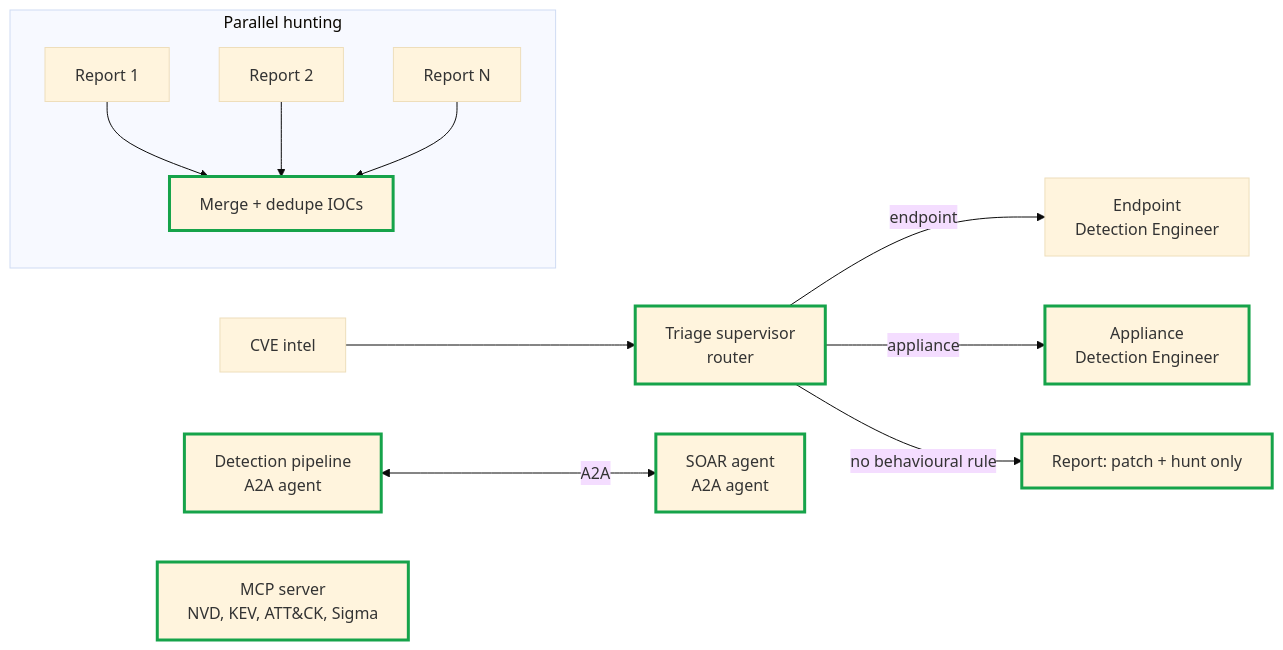
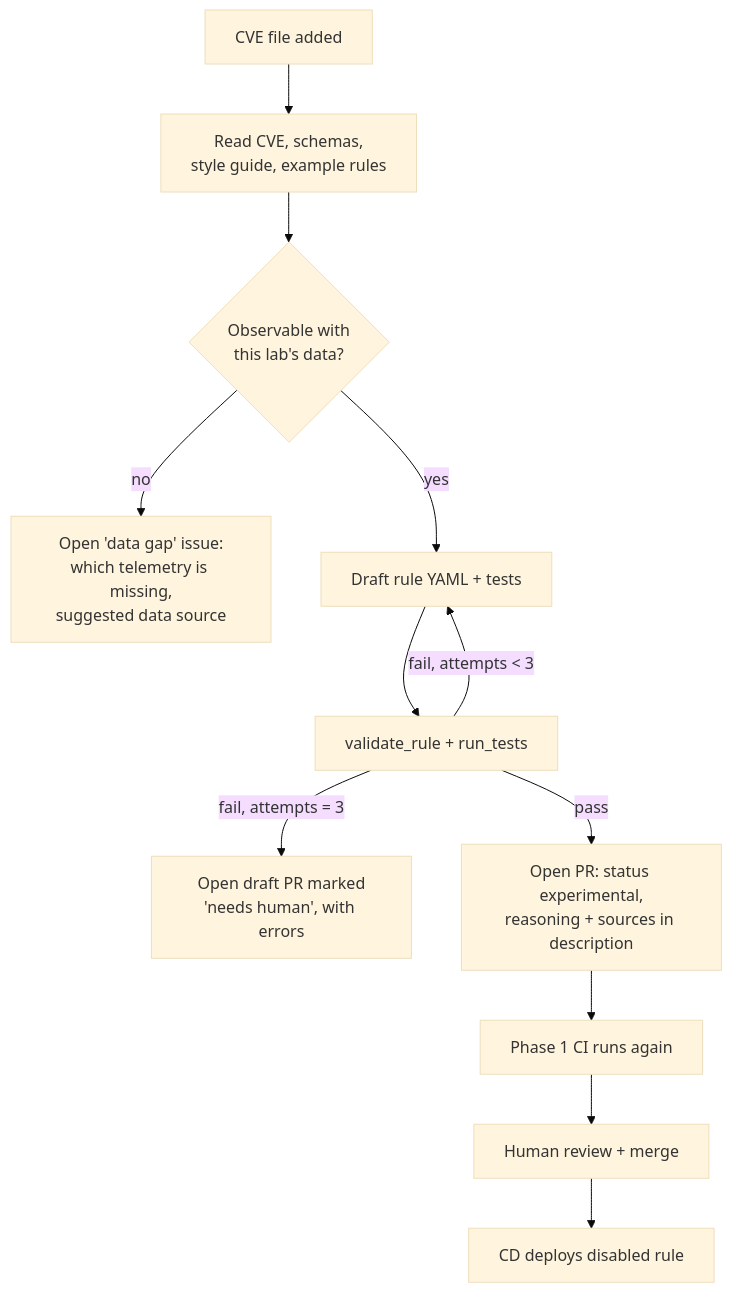
One commit to ai-devops-learning/detection-as-code-sentinel changed the fourth of 4 diagrams in README.md. Above: the diagram before and after it, drawn with Mermaid (base theme). The commit also changed other lines of this file and 8 other files, not shown here.

````diff
--- a/README.md
+++ b/README.md
@@ -659,13 +893,12 @@
 ```mermaid
-flowchart LR
-    CVE[CVE intel] --> TR[Triage supervisor<br/>router]:::new
-    TR -- endpoint --> DE1[Endpoint<br/>Detection Engineer]
-    TR -- appliance --> DE2[Appliance<br/>Detection Engineer]:::new
-    TR -- no behavioural rule --> NR[Report: patch + hunt only]:::new
-    subgraph Hunt[Parallel hunting]
-        F1[Report 1] & F2[Report 2] & F3[Report N] --> MG[Merge + dedupe IOCs]:::new
-    end
-    DP[Detection pipeline<br/>A2A agent]:::new <-->|A2A| SA[SOAR agent<br/>A2A agent]:::new
-    MCP[MCP server<br/>NVD, KEV, ATT&CK, Sigma]:::new
-    classDef new stroke:#16a34a,stroke-width:3px
+flowchart TD
+    A[CVE file added] --> B[Read CVE, schemas,<br/>style guide, example rules]
+    B --> C{Observable with<br/>this lab's data?}
+    C -- no --> G[Open 'data gap' issue:<br/>which telemetry is missing,<br/>suggested data source]
+    C -- yes --> D[Draft rule YAML + tests]
+    D --> E[validate_rule + run_tests]
+    E -- fail, attempts < 3 --> D
+    E -- fail, attempts = 3 --> H[Open draft PR marked<br/>'needs human', with errors]
+    E -- pass --> F[Open PR: status experimental,<br/>reasoning + sources in description]
+    F --> I[Phase 1 CI runs again] --> J[Human review + merge] --> K[CD deploys disabled rule]
 ```
````
